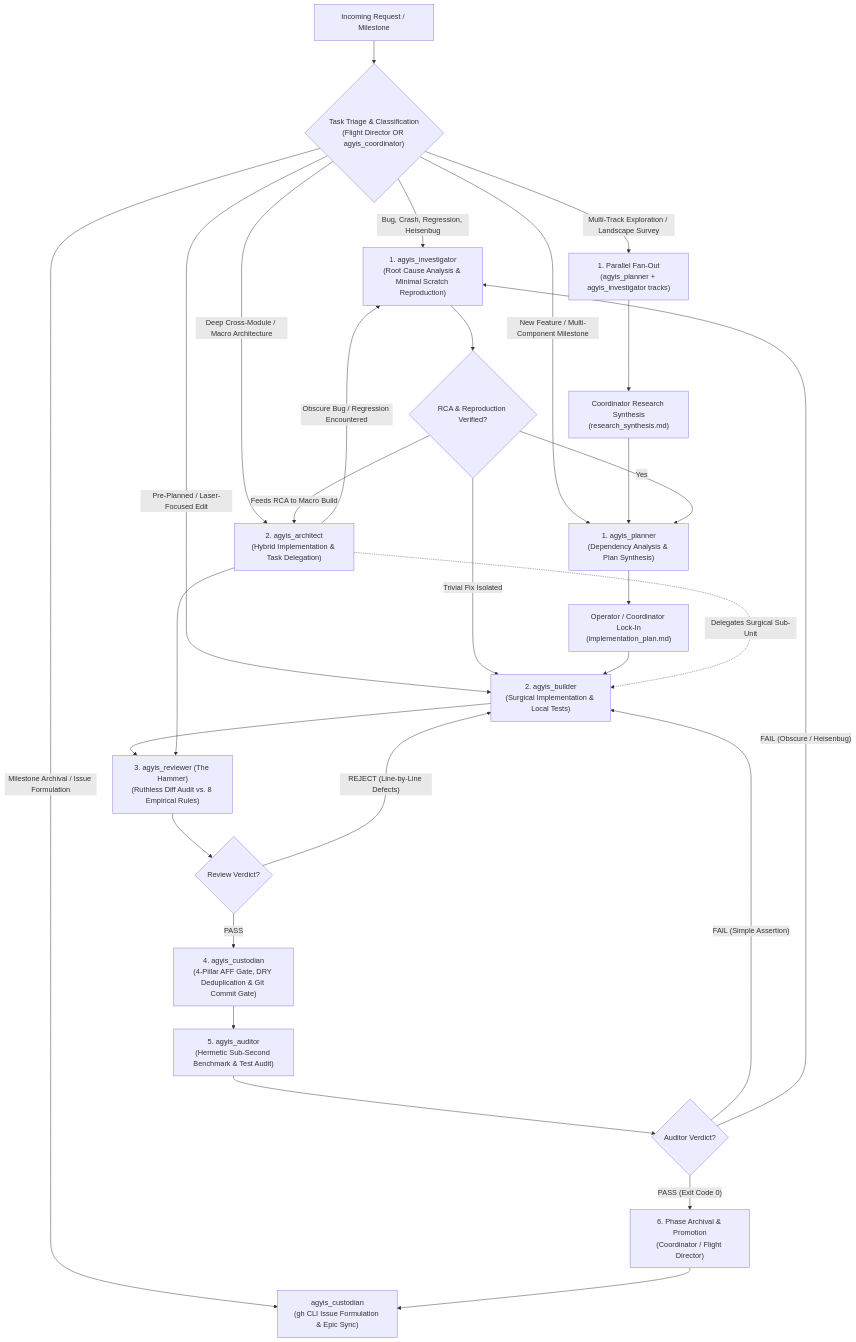
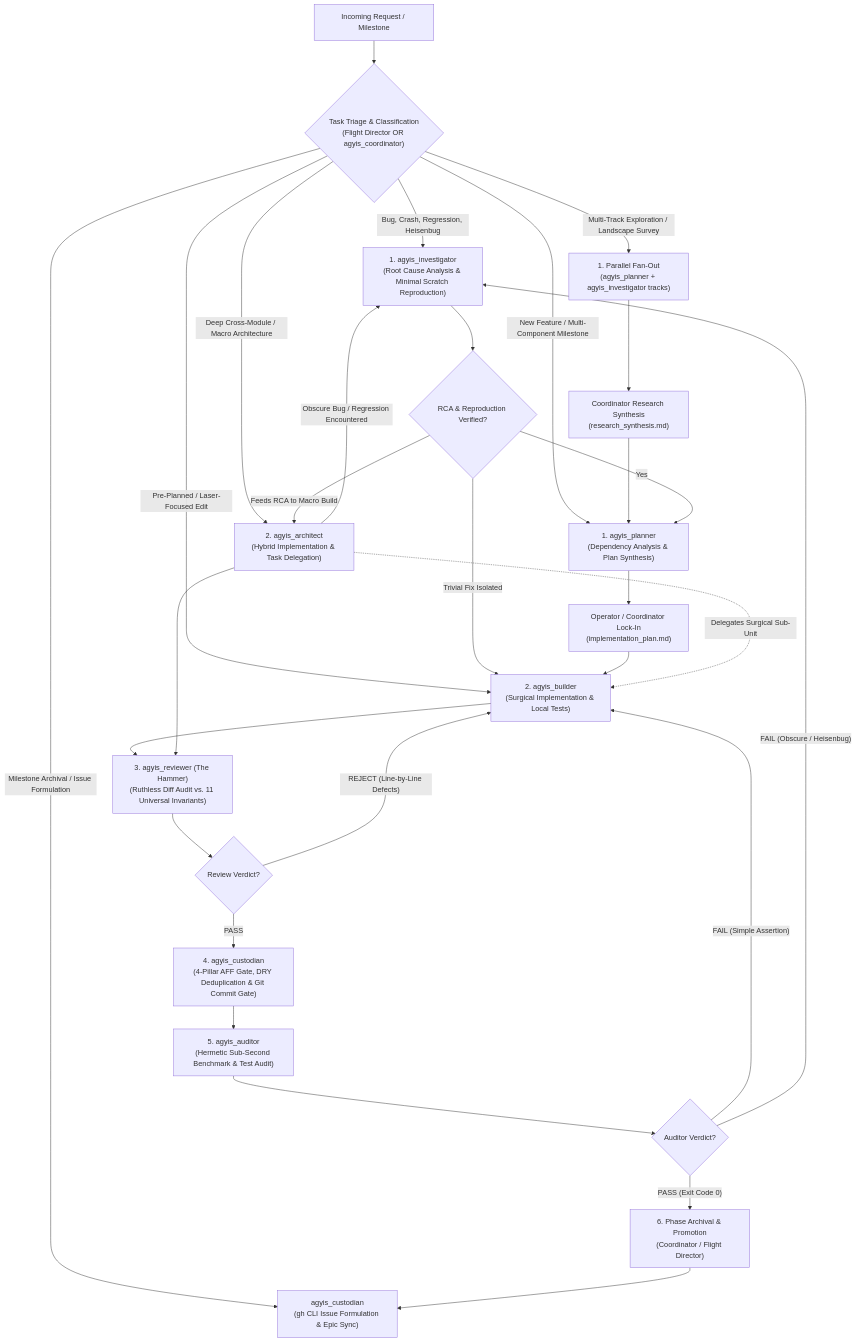
Before and after one commit to kuasha420/agyis-harness: the diagram in harness/skills/subagent-router/references/workflow-routing-table.md, drawn with Mermaid. The commit also changed other lines of this file and 30 other files, not shown here.

````diff
--- a/harness/skills/subagent-router/references/workflow-routing-table.md
+++ b/harness/skills/subagent-router/references/workflow-routing-table.md
@@ -10,49 +10,49 @@
 ```mermaid
 flowchart TD
     START["Incoming Request / Milestone"] --> TRIAGE{"Task Triage & Classification<br/>(Flight Director OR agyis_coordinator)"}
     
     %% Triage Paths
     TRIAGE -- "Bug, Crash, Regression, Heisenbug" --> INV["1. agyis_investigator<br/>(Root Cause Analysis & Minimal Scratch Reproduction)"]
     TRIAGE -- "New Feature / Multi-Component Milestone" --> PLAN["1. agyis_planner<br/>(Dependency Analysis & Plan Synthesis)"]
     TRIAGE -- "Pre-Planned / Laser-Focused Edit" --> BUILD["2. agyis_builder<br/>(Surgical Implementation & Local Tests)"]
     TRIAGE -- "Deep Cross-Module / Macro Architecture" --> ARCH["2. agyis_architect<br/>(Hybrid Implementation & Task Delegation)"]
     TRIAGE -- "Multi-Track Exploration / Landscape Survey" --> FANOUT["1. Parallel Fan-Out<br/>(agyis_planner + agyis_investigator tracks)"]
     TRIAGE -- "Milestone Archival / Issue Formulation" --> CUST_GOV["agyis_custodian<br/>(gh CLI Issue Formulation & Epic Sync)"]
 
     %% Fanout to Coordinator Synthesis
     FANOUT --> SYNTH["Coordinator Research Synthesis<br/>(research_synthesis.md)"]
     SYNTH --> PLAN
 
     %% Investigation to Planning/Building/Architect
     INV --> RCA_OK{"RCA & Reproduction Verified?"}
     RCA_OK -- Yes --> PLAN
     RCA_OK -- "Trivial Fix Isolated" --> BUILD
     RCA_OK -- "Feeds RCA to Macro Build" --> ARCH
 
     %% Planning to Building
     PLAN --> LOCK["Operator / Coordinator Lock-In<br/>(implementation_plan.md)"]
     LOCK --> BUILD
 
     %% Architect Downstream Delegation to Investigator & Builder
     ARCH -- "Obscure Bug / Regression Encountered" --> INV
     ARCH -.->|"Delegates Surgical Sub-Unit"| BUILD
 
     %% Builder / Architect to Hammer Review
-    BUILD --> HAMMER["3. agyis_reviewer (The Hammer)<br/>(Ruthless Diff Audit vs. 8 Empirical Rules)"]
+    BUILD --> HAMMER["3. agyis_reviewer (The Hammer)<br/>(Ruthless Diff Audit vs. 11 Universal Invariants)"]
     ARCH --> HAMMER
 
     %% Review Verdict
     HAMMER --> REVIEW_OK{"Review Verdict?"}
     REVIEW_OK -- "REJECT (Line-by-Line Defects)" --> BUILD
     REVIEW_OK -- "PASS" --> CUST["4. agyis_custodian<br/>(4-Pillar AFF Gate, DRY Deduplication & Git Commit Gate)"]
 
     %% Custodian to Auditor
     CUST --> AUDIT["5. agyis_auditor<br/>(Hermetic Sub-Second Benchmark & Test Audit)"]
 
     %% Auditor Verdict
     AUDIT --> AUDIT_OK{"Auditor Verdict?"}
     AUDIT_OK -- "FAIL (Simple Assertion)" --> BUILD
     AUDIT_OK -- "FAIL (Obscure / Heisenbug)" --> INV
     AUDIT_OK -- "PASS (Exit Code 0)" --> PROMOTE["6. Phase Archival & Promotion<br/>(Coordinator / Flight Director)"]
     PROMOTE --> CUST_GOV
 ```
````
